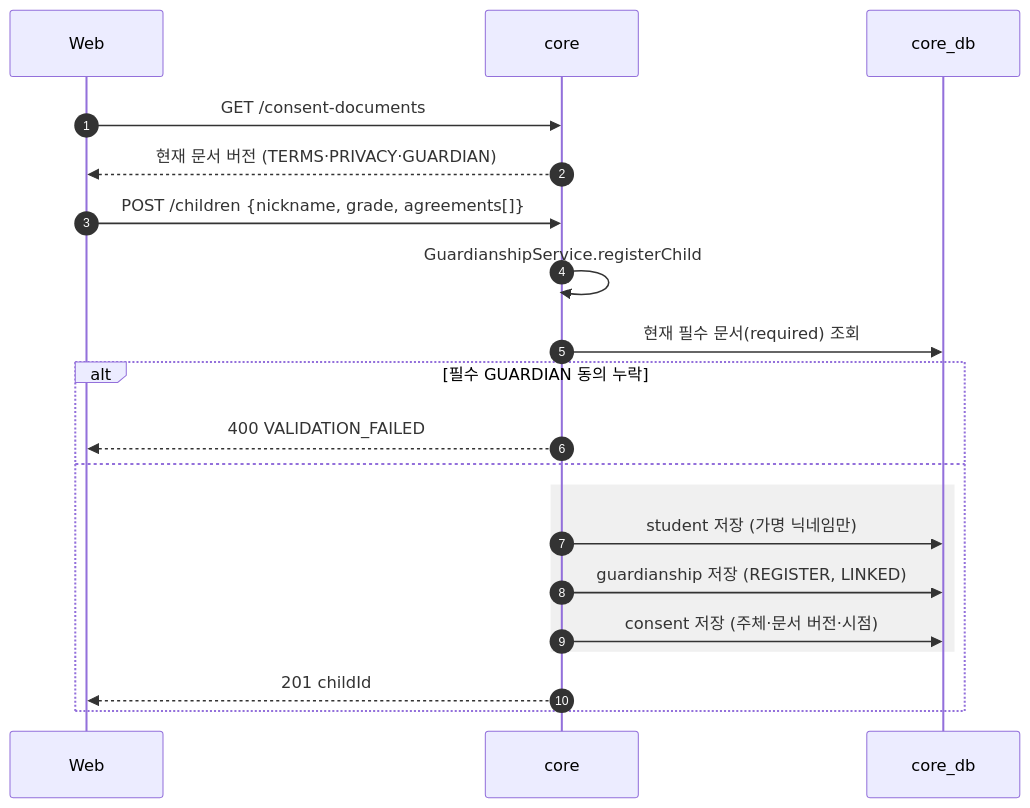
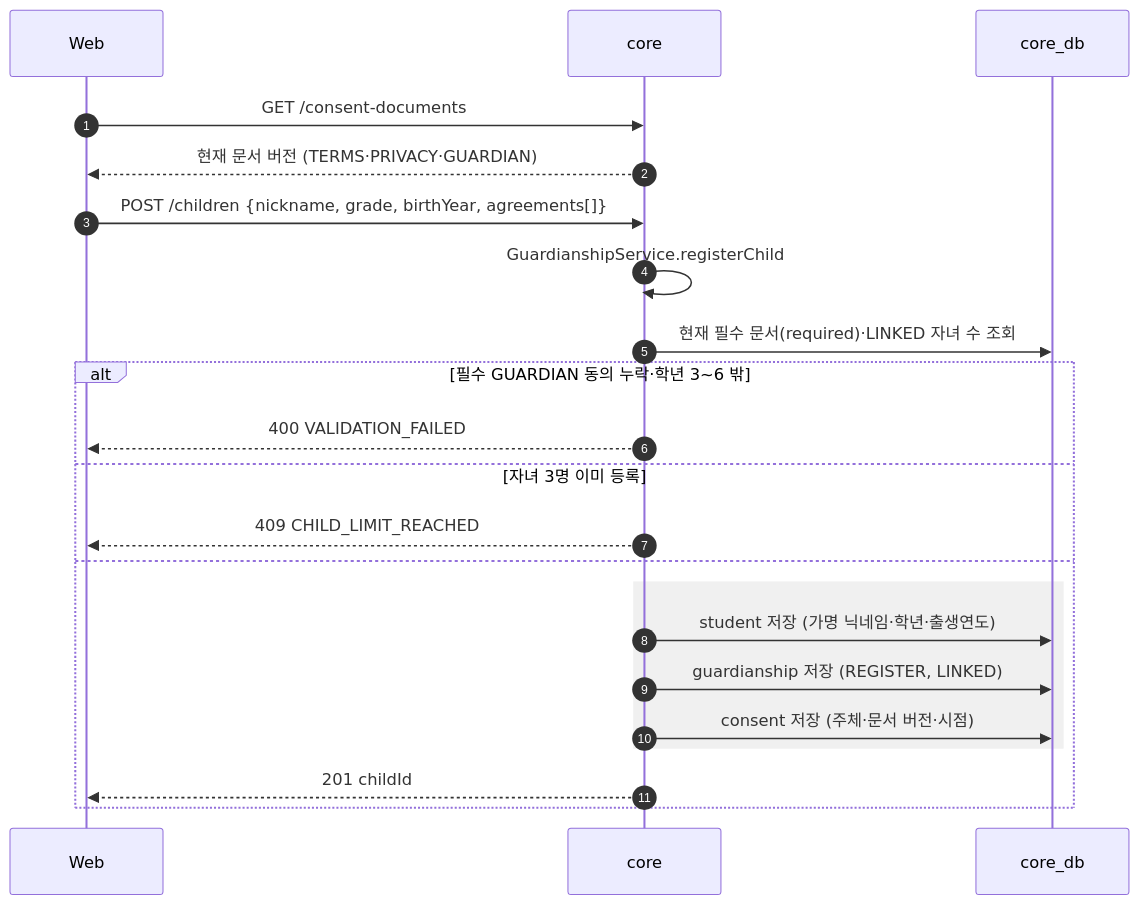
One commit to SKNETWORKS-FAMILY-AICAMP/SKN34-FINAL-3TEAM changed the second of 19 diagrams in docs/design/sequence-diagram.md. Above: the diagram before and after it, drawn with Mermaid. The commit also changed other lines of this file and 7 other files, not shown here.

````diff
--- a/docs/design/sequence-diagram.md
+++ b/docs/design/sequence-diagram.md
@@ -55,23 +55,25 @@
 ```mermaid
 sequenceDiagram
   autonumber
   participant W as Web
   participant C as core
   participant DB as core_db
 
   W->>C: GET /consent-documents
   C-->>W: 현재 문서 버전 (TERMS·PRIVACY·GUARDIAN)
-  W->>C: POST /children {nickname, grade, agreements[]}
+  W->>C: POST /children {nickname, grade, birthYear, agreements[]}
   C->>C: GuardianshipService.registerChild
-  C->>DB: 현재 필수 문서(required) 조회
-  alt 필수 GUARDIAN 동의 누락
+  C->>DB: 현재 필수 문서(required)·LINKED 자녀 수 조회
+  alt 필수 GUARDIAN 동의 누락·학년 3~6 밖
     C-->>W: 400 VALIDATION_FAILED
+  else 자녀 3명 이미 등록
+    C-->>W: 409 CHILD_LIMIT_REACHED
   else
     rect rgba(128,128,128,0.12)
-      C->>DB: student 저장 (가명 닉네임만)
+      C->>DB: student 저장 (가명 닉네임·학년·출생연도)
       C->>DB: guardianship 저장 (REGISTER, LINKED)
       C->>DB: consent 저장 (주체·문서 버전·시점)
     end
     C-->>W: 201 childId
   end
 ```
````
